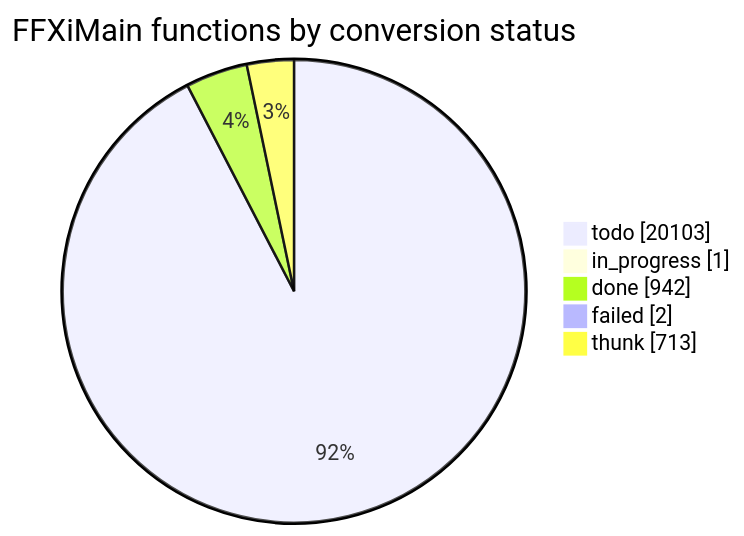
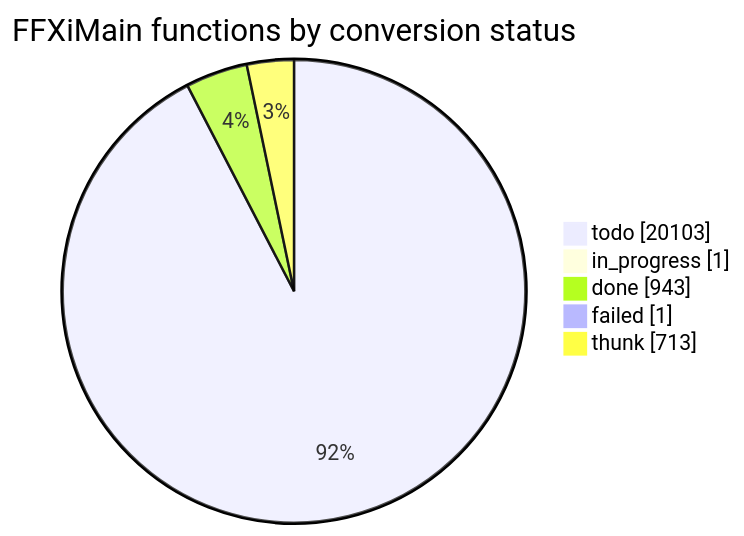
One commit to cowrevenge/cow_kuluu_xi_anything changed the diagram in docs/cow/STATUS.md. Above: the diagram before and after it, drawn with Mermaid. The commit also changed other lines of this file and 9 other files, not shown here.

````diff
--- a/docs/cow/STATUS.md
+++ b/docs/cow/STATUS.md
@@ -18,9 +18,9 @@
 ```mermaid
 pie showData
     title FFXiMain functions by conversion status
     "todo" : 20103
     "in_progress" : 1
-    "done" : 942
-    "failed" : 2
+    "done" : 943
+    "failed" : 1
     "thunk" : 713
 ```
````
